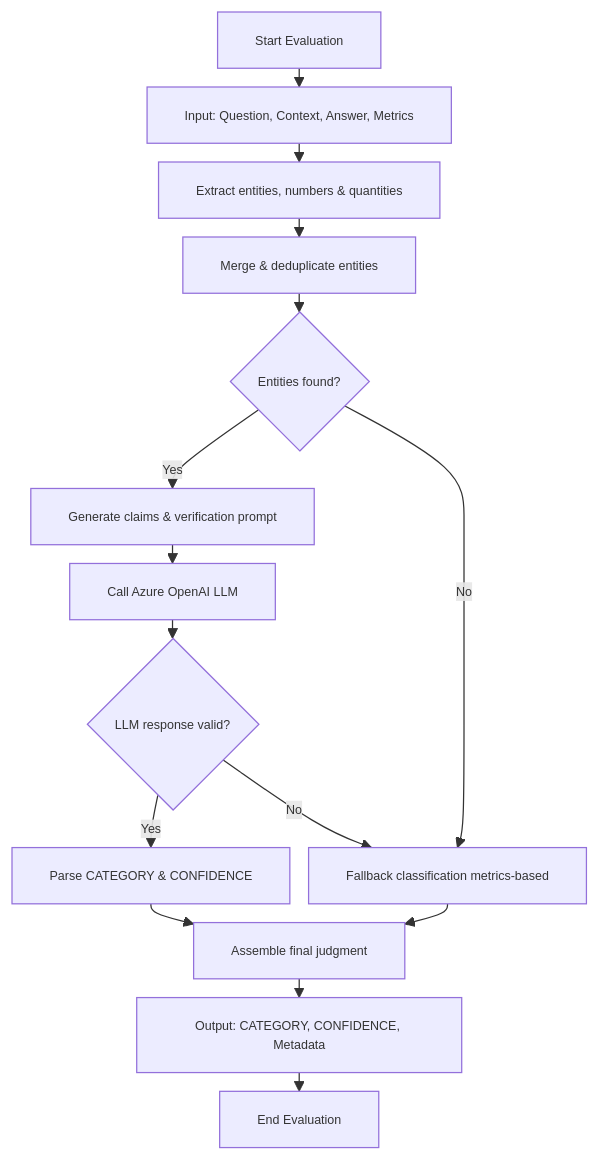
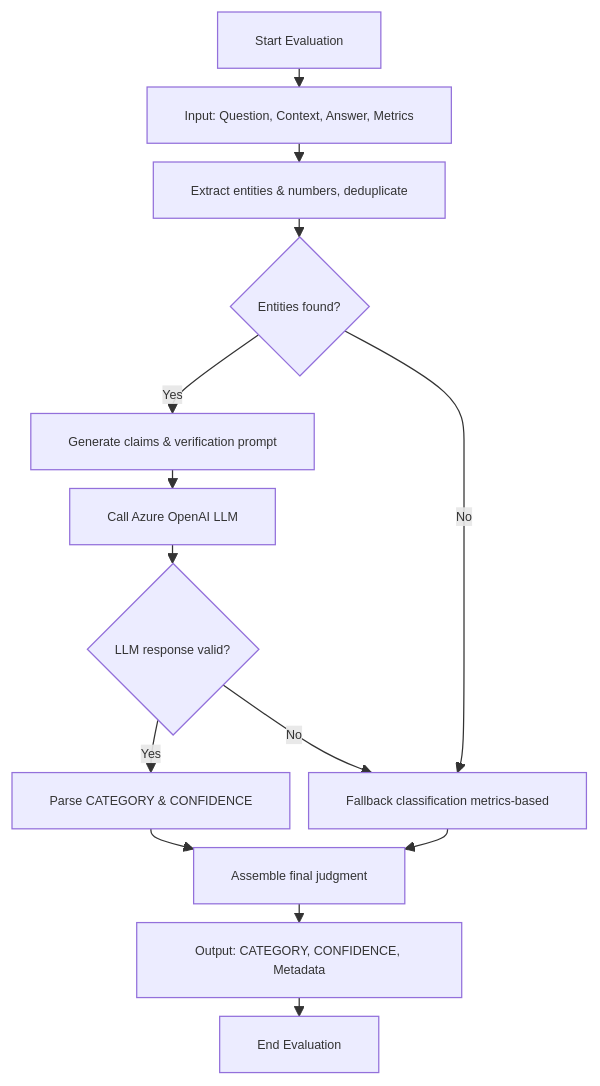
Before and after one commit to AksharaRgsu2024/LLM_Factuality_Evaluation: the diagram in README.md, drawn with Mermaid.

Commit message:
Simplify evaluation flowchart in README

````diff
--- a/README.md
+++ b/README.md
@@ -27,34 +27,33 @@
 ```mermaid
 %%{init: {"themeVariables": {"fontSize":"10px"}, "flowchart": {"nodeSpacing": 15, "rankSpacing": 15}}}%%
 flowchart TD
     A[Start Evaluation] --> B[Input: Question, Context, Answer, Metrics]
 
     %% Entity Extraction
-    B --> C[Extract entities, numbers & quantities]
-    C --> E[Merge & deduplicate entities]
+    B --> E[Extract entities & numbers, deduplicate]
 
     %% Decision: Any entities?
     E --> F{Entities found?}
 
     %% Claim Generation & Verification Prompt
     F -- Yes --> H[Generate claims & verification prompt]
 
     %% LLM Verification
     H --> I[Call Azure OpenAI LLM]
     I --> J{LLM response valid?}
 
     %% Parse or fallback
     J -- Yes --> K[Parse CATEGORY & CONFIDENCE]
     J -- No --> L[Fallback classification metrics-based]
 
     %% No Entities Path (reuse same fallback node)
     F -- No --> L
 
     %% Final Judgment Assembly
     K --> N[Assemble final judgment]
     L --> N
 
     %% Output
     N --> O[Output: CATEGORY, CONFIDENCE, Metadata]
     O --> P[End Evaluation]
 ```
````
